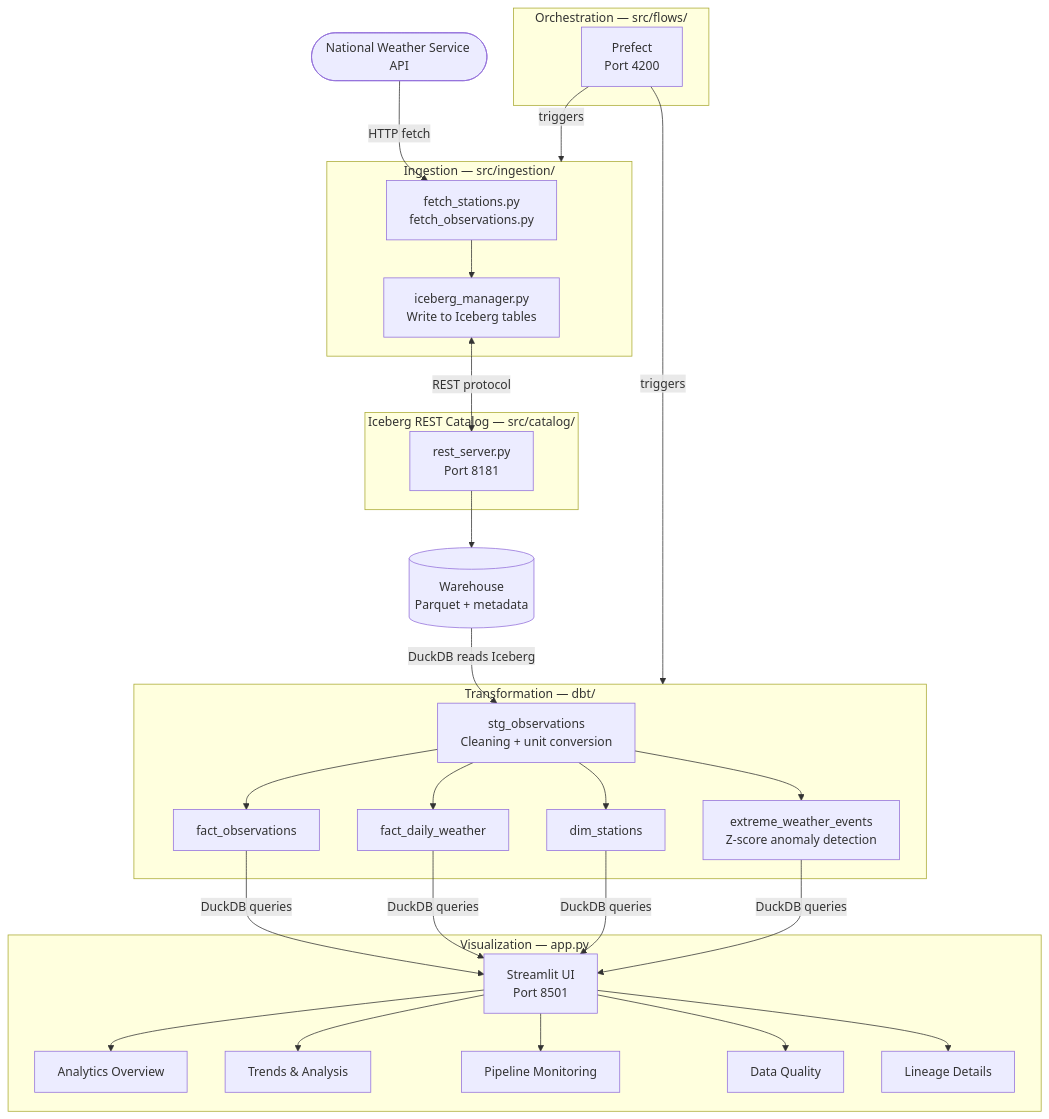
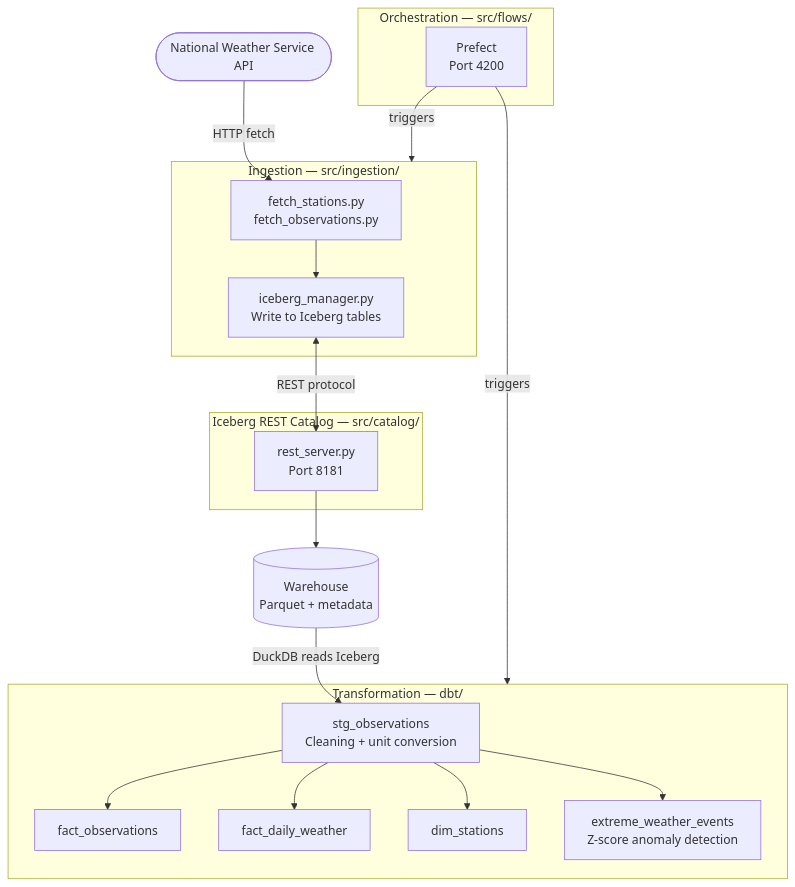
One commit to data-ai-stockholm/duckdb-dbt changed the first of 2 diagrams in README.md. Above: the diagram before and after it, drawn with Mermaid. The commit also changed other lines of this file and 4 other files, not shown here.

````diff
--- a/README.md
+++ b/README.md
@@ -23,43 +32,32 @@
 ```mermaid
 flowchart TD
     A([National Weather Service API]) -->|HTTP fetch| B[fetch_stations.py\nfetch_observations.py]
 
     subgraph Ingestion ["Ingestion — src/ingestion/"]
         B --> C[iceberg_manager.py\nWrite to Iceberg tables]
     end
 
     subgraph Catalog ["Iceberg REST Catalog — src/catalog/"]
         D[rest_server.py\nPort 8181]
     end
 
     C <-->|REST protocol| D
     D --> E[(Warehouse\nParquet + metadata)]
 
     subgraph Transformation ["Transformation — dbt/"]
         F[stg_observations\nCleaning + unit conversion]
         F --> G[fact_observations]
         F --> H[fact_daily_weather]
         F --> I[dim_stations]
         F --> J[extreme_weather_events\nZ-score anomaly detection]
     end
 
     E -->|DuckDB reads Iceberg| F
 
     subgraph Orchestration ["Orchestration — src/flows/"]
         K[Prefect\nPort 4200]
     end
 
     K -->|triggers| Ingestion
     K -->|triggers| Transformation
-
-    subgraph Visualization ["Visualization — app.py"]
-        L[Streamlit UI\nPort 8501]
-        L --> L1[Analytics Overview]
-        L --> L2[Trends & Analysis]
-        L --> L3[Pipeline Monitoring]
-        L --> L4[Data Quality]
-        L --> L5[Lineage Details]
-    end
-
-    G & H & I & J -->|DuckDB queries| L
 ```
````
